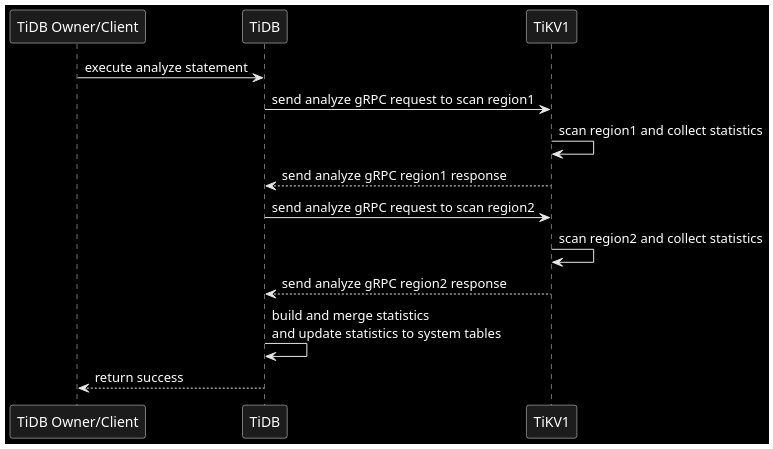
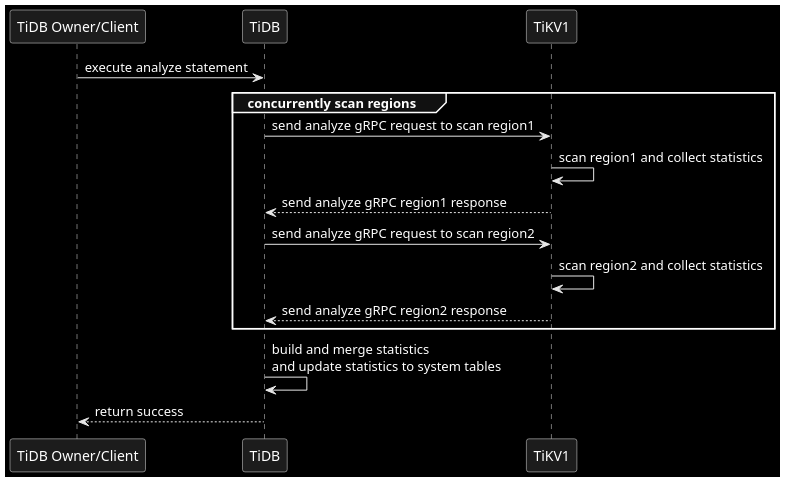
One commit to Rustin170506/tidb-analyze.slide changed the third of 3 diagrams in slides.md. Above: the diagram before and after it, drawn with PlantUML.

Commit message:
analyze: add group

````diff
--- a/slides.md
+++ b/slides.md
@@ -595,16 +595,18 @@
 ```plantuml
 @startuml
 
 skinparam monochrome reverse
 
 "TiDB Owner/Client" as TC -> TiDB: execute analyze statement
-TiDB -> TiKV1: send analyze gRPC request to scan region1
-TiKV1 -> TiKV1: scan region1 and collect statistics
-TiKV1 --> TiDB: send analyze gRPC region1 response
-TiDB -> TiKV1: send analyze gRPC request to scan region2
-TiKV1 -> TiKV1: scan region2 and collect statistics
-TiKV1 --> TiDB: send analyze gRPC region2 response
+group concurrently scan regions
+  TiDB -> TiKV1: send analyze gRPC request to scan region1
+  TiKV1 -> TiKV1: scan region1 and collect statistics
+  TiKV1 --> TiDB: send analyze gRPC region1 response
+  TiDB -> TiKV1: send analyze gRPC request to scan region2
+  TiKV1 -> TiKV1: scan region2 and collect statistics
+  TiKV1 --> TiDB: send analyze gRPC region2 response
+end
 TiDB -> TiDB: build and merge statistics \nand update statistics to system tables
 TiDB --> TC: return success
 @enduml
 ```
````
